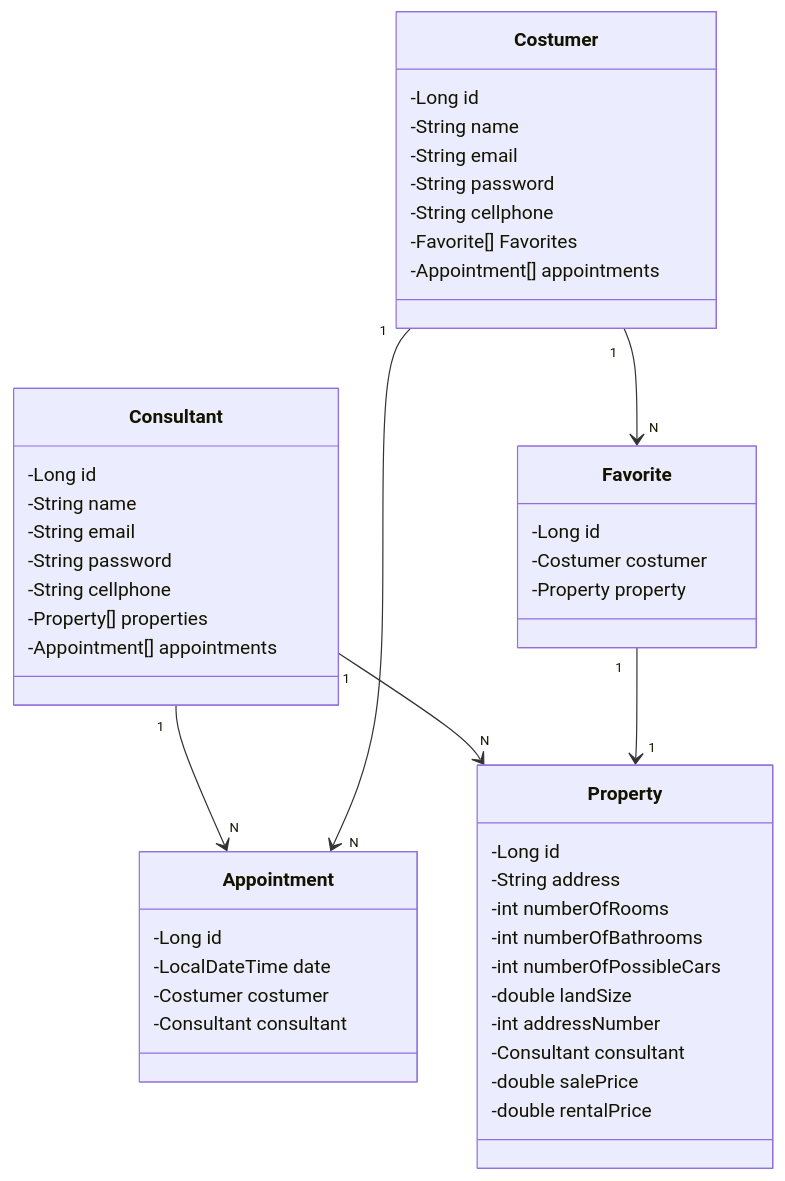
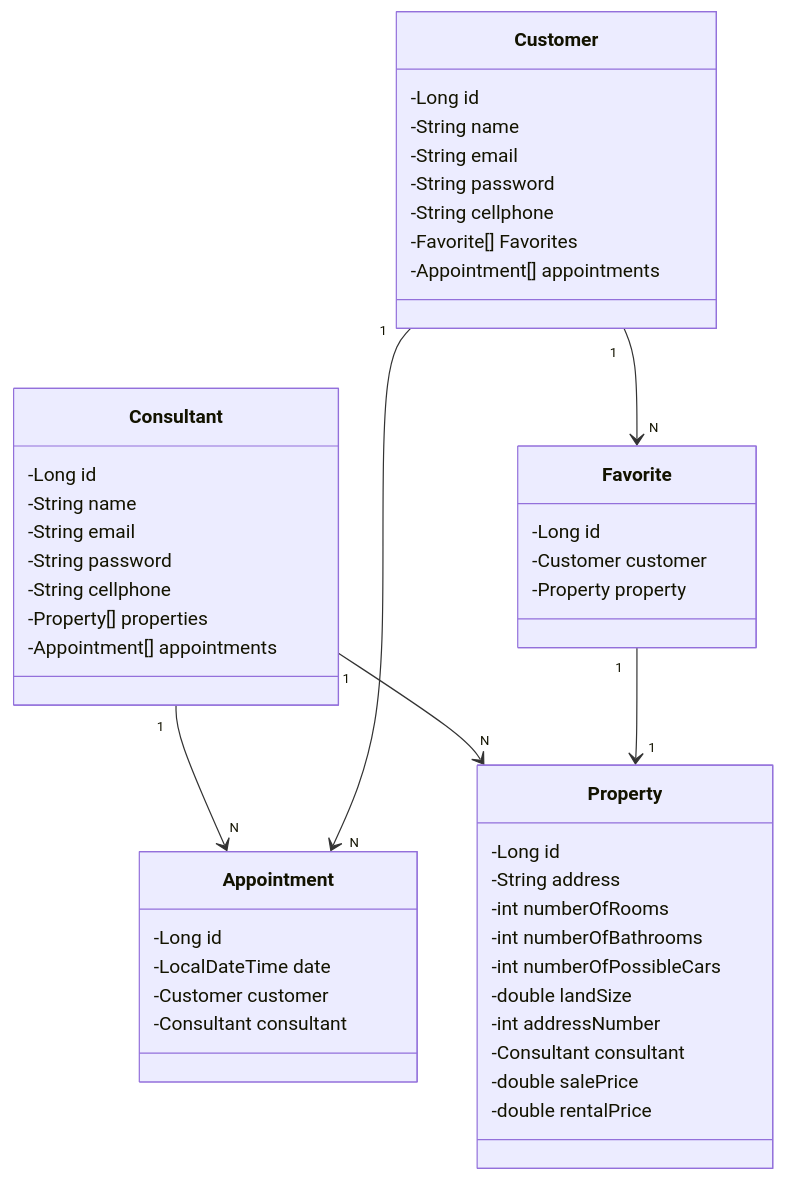
One commit to joaovitor-ma/imoveis-sa-api changed the diagram in README.md. Above: the diagram before and after it, drawn with Mermaid.

Commit message:
fix: Corrigindo erro gramatical

````diff
--- a/README.md
+++ b/README.md
@@ -32,54 +32,54 @@
 ```mermaid
 classDiagram
-    class Costumer {
+    class Customer {
         -Long id
         -String name
         -String email
         -String password
         -String cellphone
         -Favorite[] Favorites
         -Appointment[] appointments
     }
 
     class Consultant {
         -Long id
         -String name
         -String email
         -String password
         -String cellphone
         -Property[] properties
         -Appointment[] appointments
     }
 
     class Property {
         -Long id
         -String address
         -int numberOfRooms
         -int numberOfBathrooms
         -int numberOfPossibleCars
         -double landSize
         -int addressNumber
         -Consultant consultant
         -double salePrice
         -double rentalPrice
     }
 
     class Appointment {
         -Long id
         -LocalDateTime date
-        -Costumer costumer
+        -Customer customer
         -Consultant consultant
     }
 
     class Favorite {
         -Long id
-        -Costumer costumer
+        -Customer customer
         -Property property
     }
 
     Consultant "1" --> "N" Property
     Consultant "1" --> "N" Appointment
-    Costumer "1" --> "N" Appointment
-    Costumer "1" --> "N" Favorite
+    Customer "1" --> "N" Appointment
+    Customer "1" --> "N" Favorite
     Favorite "1" --> "1" Property
 ```
````
